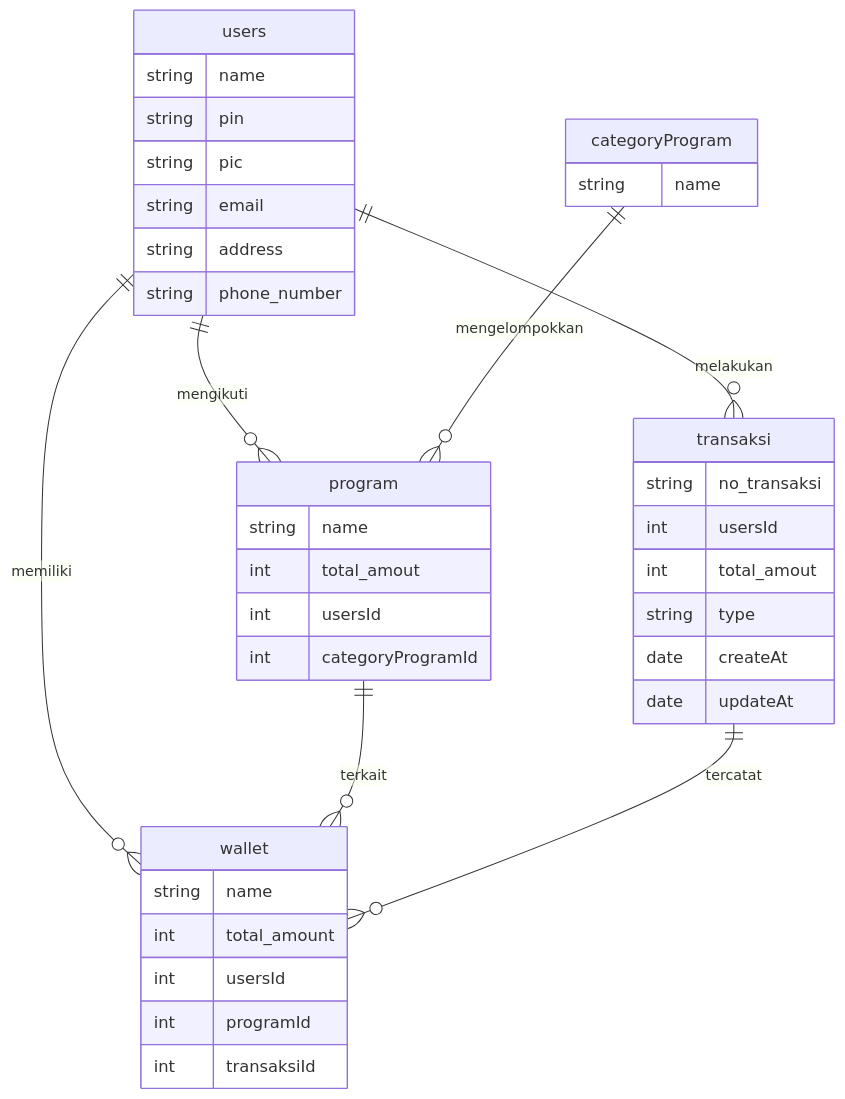
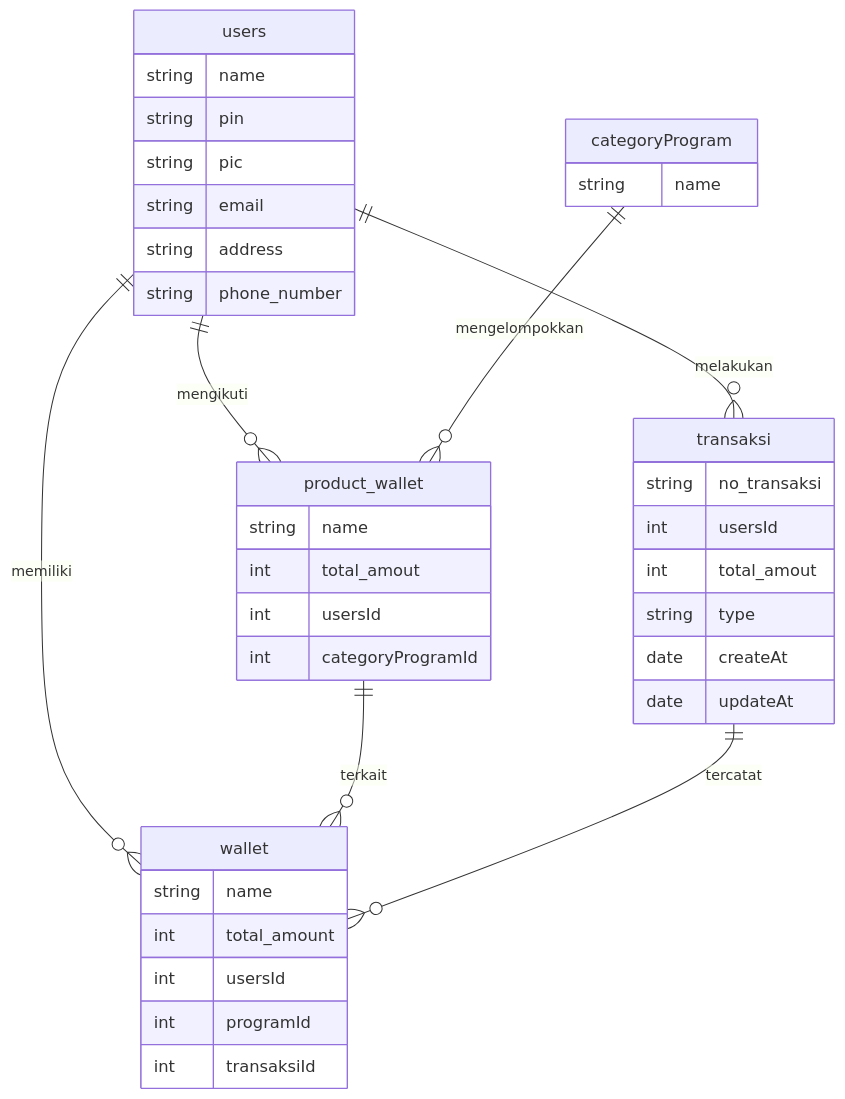
The diagram in README.md (ariekas/koda-b4-db2), drawn with Mermaid before and after one commit. The commit also changed 1 other file, not shown here.

Commit message:
docs: update name program become product_wallet

````diff
--- a/README.md
+++ b/README.md
@@ -5,48 +5,47 @@
 ```mermaid
 erDiagram
 
 users {
     string name
     string pin
     string pic
     string email
     string address
     string phone_number
 }
 
 wallet {
     string name
     int total_amount
     int usersId
     int programId
     int transaksiId
 }
 
-program {
+product_wallet {
     string name
     int total_amout
     int usersId
     int categoryProgramId
 }
 
 categoryProgram {
     string name
 }
 
 transaksi {
     string no_transaksi
     int usersId
     int total_amout
     string type
     date createAt
     date updateAt
 }
 
 users ||--o{ wallet : memiliki
-users ||--o{ program : mengikuti
+users ||--o{ product_wallet : mengikuti
 users ||--o{ transaksi : melakukan
-categoryProgram ||--o{ program : mengelompokkan
-program ||--o{ wallet : terkait
+categoryProgram ||--o{ product_wallet : mengelompokkan
+product_wallet ||--o{ wallet : terkait
 transaksi ||--o{ wallet : tercatat
-
 ```
````
